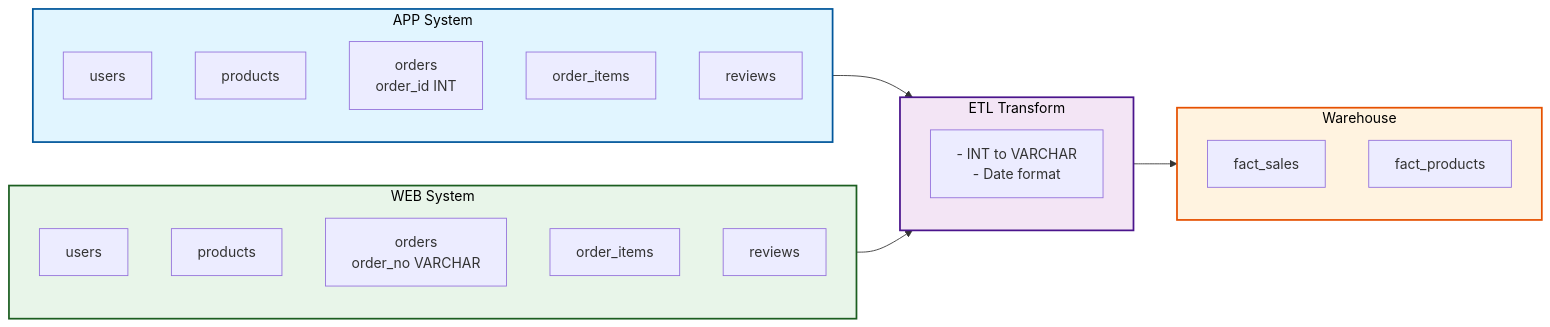
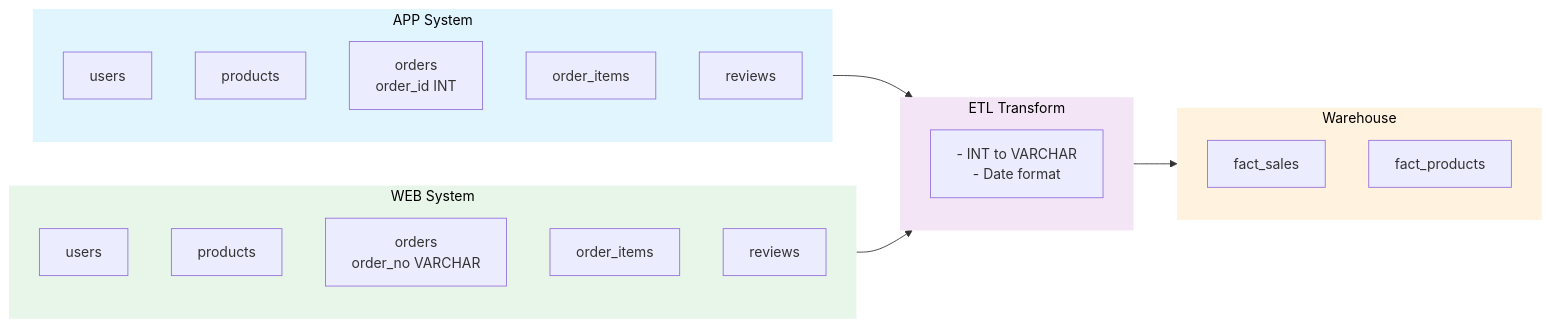
One commit to jianglei919/ecommerce_data_warehouse changed the diagram in DATABASE_DESIGN.md. Above: the diagram before and after it, drawn with Mermaid.

Commit message:
docs: update mermaid diagram for improved layout and visibility

````diff
--- a/DATABASE_DESIGN.md
+++ b/DATABASE_DESIGN.md
@@ -5,36 +5,36 @@
 ```mermaid
-graph LR
-    subgraph app["APP System"]
+---
+config:
+  layout: dagre
+---
+flowchart LR
+ subgraph app["APP System"]
         u1["users"]
         p1["products"]
-        o1["orders<br/>order_id INT"]
+        o1["orders<br>order_id INT"]
         oi1["order_items"]
         pr1["reviews"]
-    end
-
-    subgraph web["WEB System"]
+  end
+ subgraph web["WEB System"]
         u2["users"]
         p2["products"]
-        o2["orders<br/>order_no VARCHAR"]
+        o2["orders<br>order_no VARCHAR"]
         oi2["order_items"]
         pr2["reviews"]
-    end
-
-    subgraph etl["ETL Transform"]
-        transform["- INT to VARCHAR<br/>- Date format"]
-    end
-
-    subgraph warehouse["Warehouse"]
+  end
+ subgraph etl["ETL Transform"]
+        transform["- INT to VARCHAR<br>- Date format"]
+  end
+ subgraph warehouse["Warehouse"]
         fs["fact_sales"]
         tr["fact_products"]
-    end
-
+  end
     app --> etl
     web --> etl
     etl --> warehouse
 
-    style app fill:#e1f5ff,stroke:#01579b,stroke-width:2px,color:#000
-    style web fill:#e8f5e9,stroke:#1b5e20,stroke-width:2px,color:#000
-    style warehouse fill:#fff3e0,stroke:#e65100,stroke-width:2px,color:#000
-    style etl fill:#f3e5f5,stroke:#4a148c,stroke-width:2px,color:#000
+    style app fill:#e1f5ff,stroke:transparent,stroke-width:2px,color:#000
+    style etl fill:#f3e5f5,stroke:transparent,stroke-width:2px,color:#000
+    style web fill:#e8f5e9,stroke:transparent,stroke-width:2px,color:#000
+    style warehouse fill:#fff3e0,stroke:transparent,stroke-width:2px,color:#000
 ```
````
